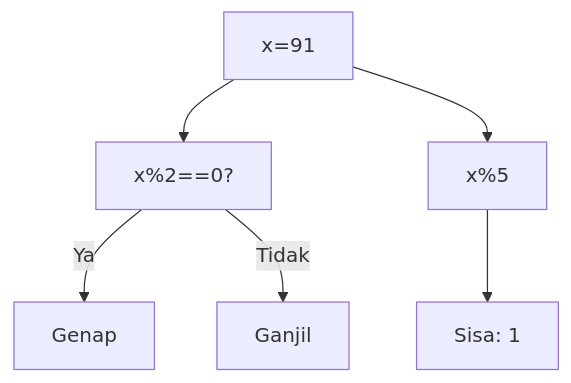
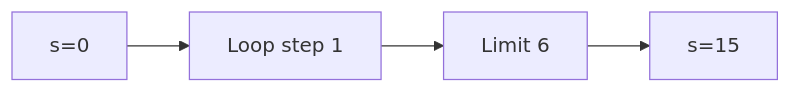
Diagram 12 of 25 in part-c-pemahaman-cpp/03-perulangan/latihan/set-01.md (amnahwaida/OSNK_INF_PREP), drawn with Mermaid before and after one commit. The commit also changed other lines of this file and 71 other files, not shown here.

````diff
--- a/part-c-pemahaman-cpp/03-perulangan/latihan/set-01.md
+++ b/part-c-pemahaman-cpp/03-perulangan/latihan/set-01.md
@@ -440,8 +318,6 @@
 ```mermaid
-graph TD
-A["x=91"] --> B["x%2==0?"]
-B -- Ya --> C["Genap"]
-B -- Tidak --> D["Ganjil"]
-A --> E["x%5"]
-E --> F["Sisa: 1"]
+graph LR
+A["s=0"] --> B["Loop step 1"]
+B --> C["Limit 6"]
+C --> D["s=15"]
 ```
````
